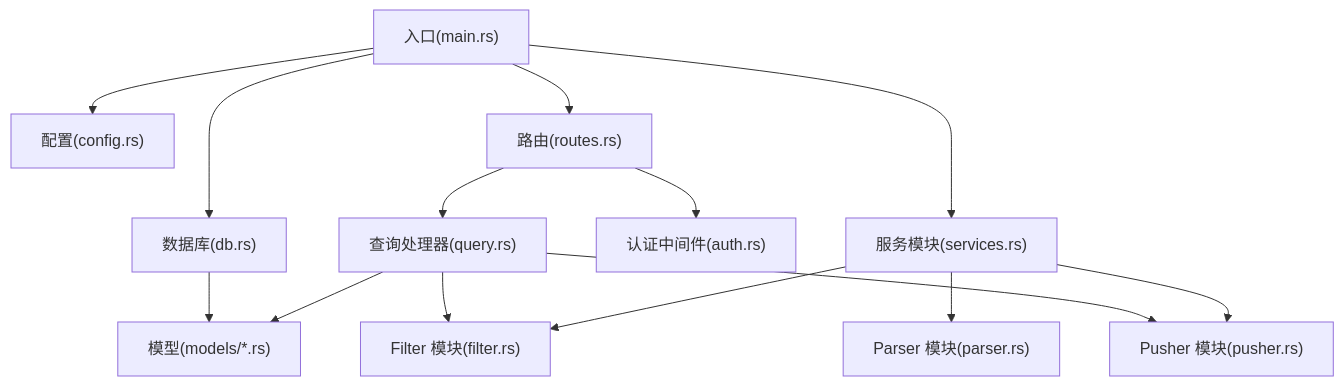
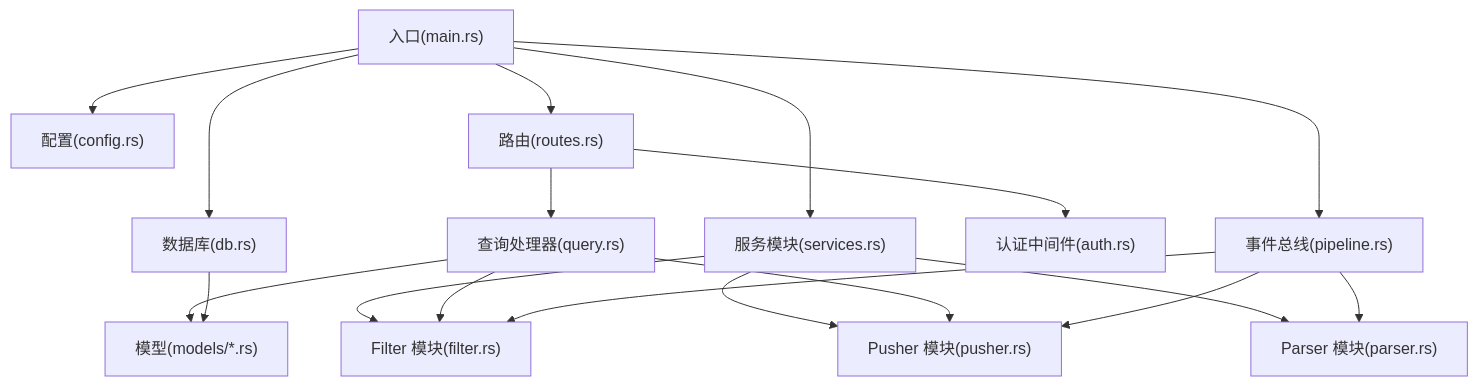
The first of 10 diagrams in .qoder/repowiki/zh/content/系统架构设计/系统架构设计.md (leimu-hue/AI-Trend-Tool), drawn with Mermaid before and after one commit. The commit also changed other lines of this file and 74 other files, not shown here.

````diff
--- a/.qoder/repowiki/zh/content/系统架构设计/系统架构设计.md
+++ b/.qoder/repowiki/zh/content/系统架构设计/系统架构设计.md
@@ -41,16 +52,20 @@
 ```mermaid
 graph TB
 A["入口(main.rs)"] --> B["配置(config.rs)"]
 A --> C["数据库(db.rs)"]
 A --> D["路由(routes.rs)"]
+A --> P["事件总线(pipeline.rs)"]
 A --> E["服务模块(services.rs)"]
 E --> E1["Parser 模块(parser.rs)"]
 E --> E2["Filter 模块(filter.rs)"]
 E --> E3["Pusher 模块(pusher.rs)"]
 D --> F["认证中间件(auth.rs)"]
 D --> G["查询处理器(query.rs)"]
 G --> E2
 G --> E3
 G --> H["模型(models/*.rs)"]
 C --> H
+P --> E1
+P --> E2
+P --> E3
 ```
````
